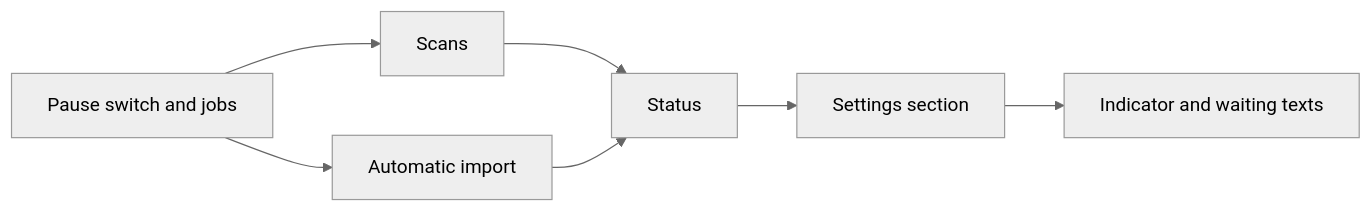
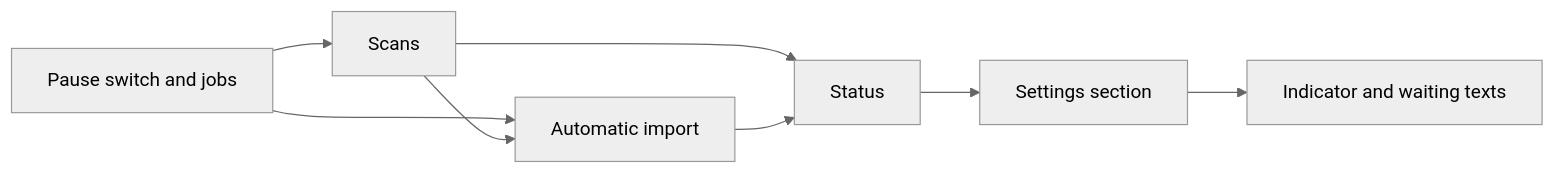
The second of 2 diagrams in specs/075-background-pause/plan.md (syudead/vv), drawn with Mermaid (neutral theme) before and after one commit. The commit also changed other lines of this file, not shown here.

First line of the commit message:
Make the auto-import unit wait for the scan unit's migration

````diff
--- a/specs/075-background-pause/plan.md
+++ b/specs/075-background-pause/plan.md
@@ -233,9 +233,10 @@
 ```mermaid
 flowchart LR
   jobs[Pause switch and jobs] --> scans[Scans]
   jobs --> auto[Automatic import]
+  scans --> auto
   scans --> status[Status]
   auto --> status
   status --> section[Settings section]
   section --> everywhere[Indicator and waiting texts]
 ```
````
